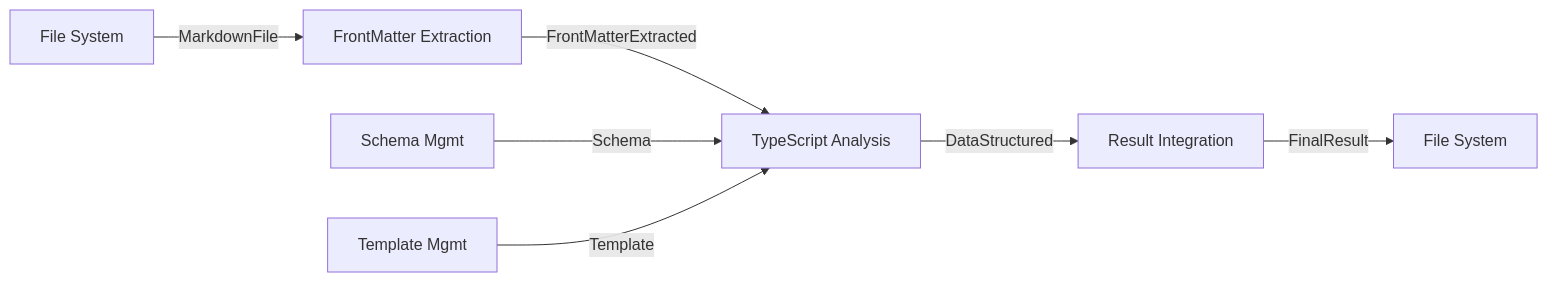
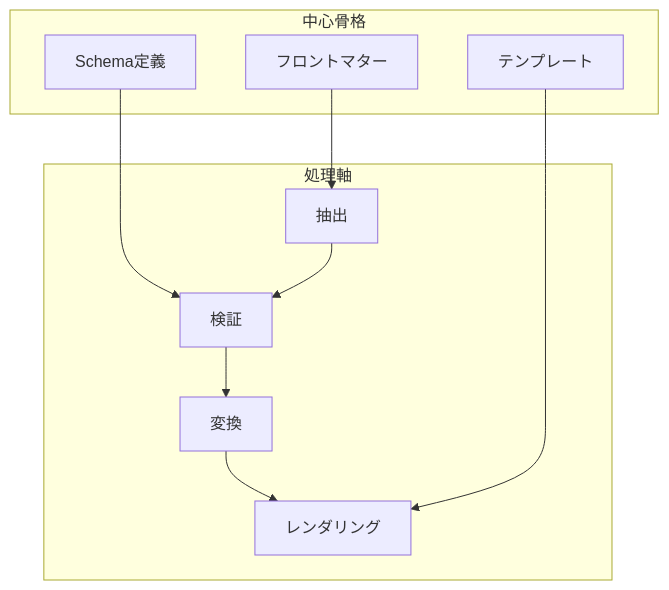
The first of 3 diagrams in docs/domain/domain-boundary.md (tettuan/frontmatter-to-schema), drawn with Mermaid before and after one commit. The commit also changed other lines of this file and 9 other files, not shown here.

First line of the commit message:
docs: add comprehensive domain architecture and schema process documentation

````diff
--- a/docs/domain/domain-boundary.md
+++ b/docs/domain/domain-boundary.md
@@ -222,9 +24,22 @@
 ```mermaid
-graph LR
-    A[File System] -->|MarkdownFile| B[FrontMatter Extraction]
-    B -->|FrontMatterExtracted| C[TypeScript Analysis]
-    D[Schema Mgmt] -->|Schema| C
-    E[Template Mgmt] -->|Template| C
-    C -->|DataStructured| G[Result Integration]
-    G -->|FinalResult| H[File System]
+graph TB
+    subgraph Core["中心骨格"]
+        Schema[Schema定義]
+        Frontmatter[フロントマター]
+        Template[テンプレート]
+    end
+    
+    subgraph Processing["処理軸"]
+        Extract[抽出]
+        Validate[検証]
+        Transform[変換]
+        Render[レンダリング]
+    end
+    
+    Schema --> Validate
+    Frontmatter --> Extract
+    Extract --> Validate
+    Validate --> Transform
+    Transform --> Render
+    Template --> Render
 ```
````
